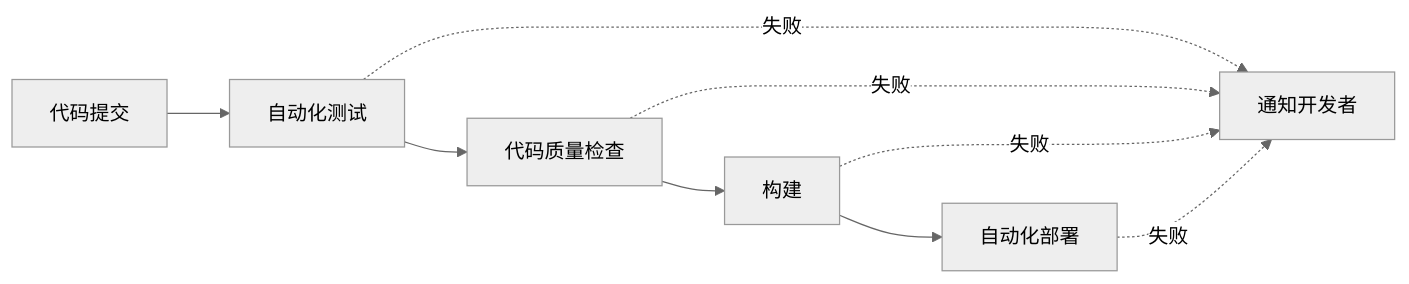
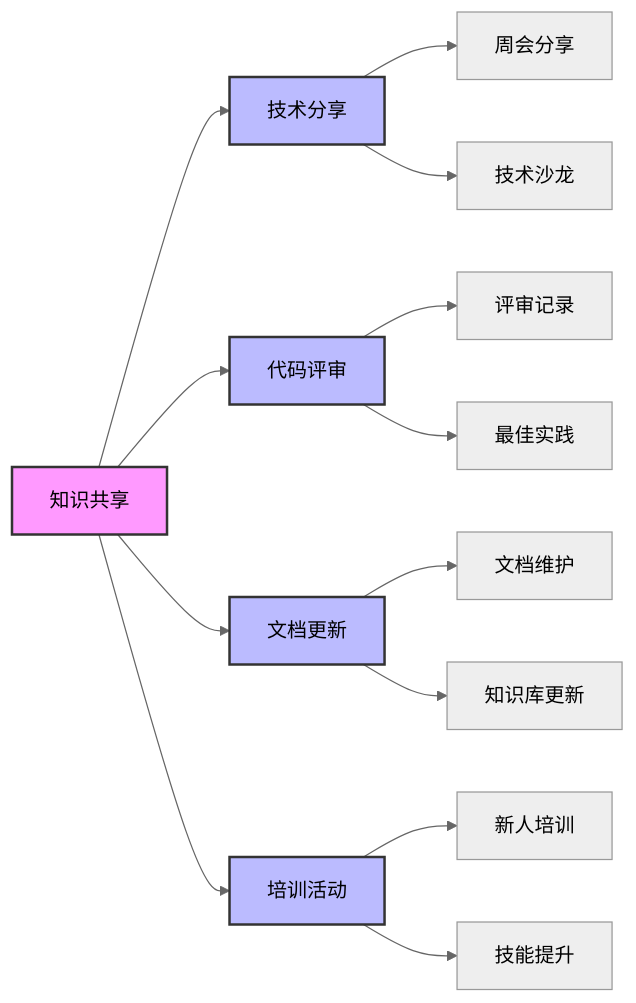
One commit to wutongci/cursor-courses changed the tenth of 10 diagrams in base/第七章-团队协作与代码标准化.md. Above: the diagram before and after it, drawn with Mermaid (neutral theme). The commit also changed other lines of this file and 9 other files, not shown here.

````diff
--- a/base/第七章-团队协作与代码标准化.md
+++ b/base/第七章-团队协作与代码标准化.md
@@ -214,12 +623,25 @@
 ```mermaid
 graph LR
-    A[代码提交] --> B[自动化测试]
-    B --> C[代码质量检查]
-    C --> D[构建]
-    D --> E[自动化部署]
+    A[知识共享] --> B[技术分享]
+    A --> C[代码评审]
+    A --> D[文档更新]
+    A --> E[培训活动]
     
-    B -.->|失败| F[通知开发者]
-    C -.->|失败| F
-    D -.->|失败| F
-    E -.->|失败| F
+    B --> F[周会分享]
+    B --> G[技术沙龙]
+    
+    C --> H[评审记录]
+    C --> I[最佳实践]
+    
+    D --> J[文档维护]
+    D --> K[知识库更新]
+    
+    E --> L[新人培训]
+    E --> M[技能提升]
+    
+    style A fill:#f9f,stroke:#333,stroke-width:2px
+    style B fill:#bbf,stroke:#333,stroke-width:2px
+    style C fill:#bbf,stroke:#333,stroke-width:2px
+    style D fill:#bbf,stroke:#333,stroke-width:2px
+    style E fill:#bbf,stroke:#333,stroke-width:2px
 ```
````
